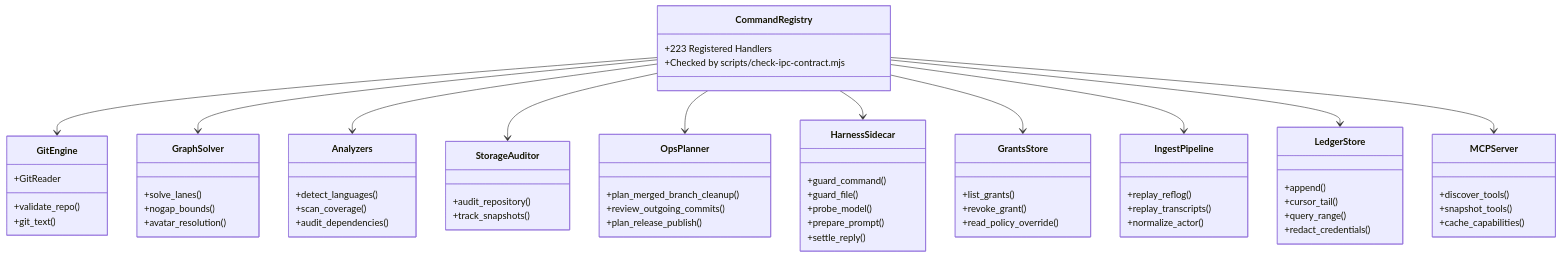
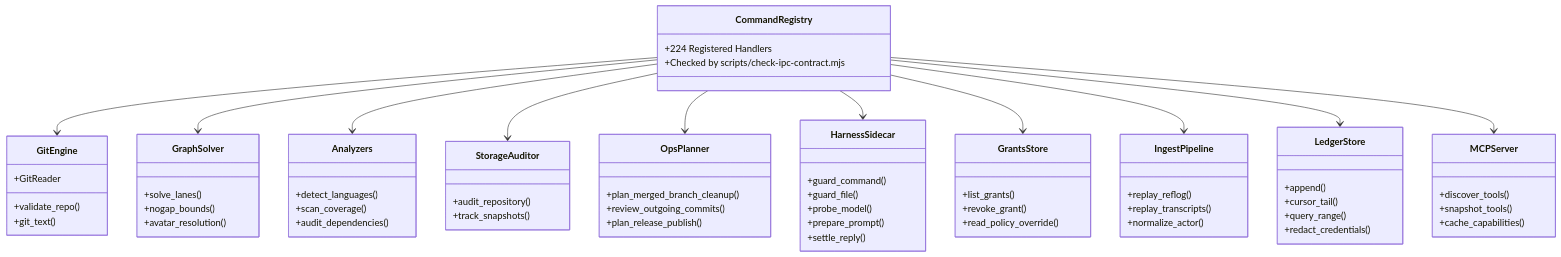
The third of 4 diagrams in docs/ARCHITECTURE.md (bharathvbcr/GitPulse), drawn with Mermaid before and after one commit. The commit also changed other lines of this file and 21 other files, not shown here.

````diff
--- a/docs/ARCHITECTURE.md
+++ b/docs/ARCHITECTURE.md
@@ -185,70 +185,70 @@
 ```mermaid
 classDiagram
     class CommandRegistry {
-        +223 Registered Handlers
+        +224 Registered Handlers
         +Checked by scripts/check-ipc-contract.mjs
     }
     class GitEngine {
         +validate_repo()
         +git_text()
         +GitReader
     }
     class GraphSolver {
         +solve_lanes()
         +nogap_bounds()
         +avatar_resolution()
     }
     class Analyzers {
         +detect_languages()
         +scan_coverage()
         +audit_dependencies()
     }
     class StorageAuditor {
         +audit_repository()
         +track_snapshots()
     }
     class GrantsStore {
         +list_grants()
         +revoke_grant()
         +read_policy_override()
     }
     class IngestPipeline {
         +replay_reflog()
         +replay_transcripts()
         +normalize_actor()
     }
     class LedgerStore {
         +append()
         +cursor_tail()
         +query_range()
         +redact_credentials()
     }
     class OpsPlanner {
         +plan_merged_branch_cleanup()
         +review_outgoing_commits()
         +plan_release_publish()
     }
     class MCPServer {
         +discover_tools()
         +snapshot_tools()
         +cache_capabilities()
     }
     class HarnessSidecar {
         +guard_command()
         +guard_file()
         +probe_model()
         +prepare_prompt()
         +settle_reply()
     }
 
     CommandRegistry --> GitEngine
     CommandRegistry --> GraphSolver
     CommandRegistry --> Analyzers
     CommandRegistry --> StorageAuditor
     CommandRegistry --> OpsPlanner
     CommandRegistry --> HarnessSidecar
     CommandRegistry --> GrantsStore
     CommandRegistry --> IngestPipeline
     CommandRegistry --> LedgerStore
     CommandRegistry --> MCPServer
 ```
````
